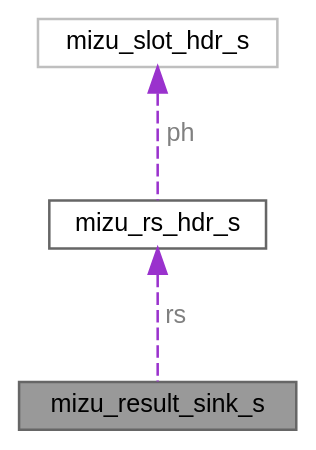
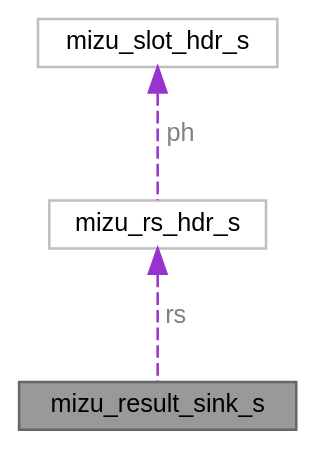
Before and after one commit to shikokuchuo/libmizu: the diagram in structmizu__result__sink__s__coll__graph.dot, drawn with Graphviz. The commit also changed 38 other files, not shown here.

```diff
--- a/structmizu__result__sink__s__coll__graph.dot
+++ b/structmizu__result__sink__s__coll__graph.dot
@@ -1,14 +1,14 @@
 digraph "mizu_result_sink_s"
 {
  // LATEX_PDF_SIZE
   bgcolor="transparent";
   edge [fontname=Helvetica,fontsize=10,labelfontname=Helvetica,labelfontsize=10];
   node [fontname=Helvetica,fontsize=10,shape=box,height=0.2,width=0.4];
   Node1 [id="Node000001",label="mizu_result_sink_s",height=0.2,width=0.4,color="gray40", fillcolor="grey60", style="filled", fontcolor="black",tooltip="The result-sink struct: the core fills it from a claimed entry and hands it to exec_fn; the binding p..."];
   Node2 -> Node1 [id="edge1_Node000001_Node000002",dir="back",color="darkorchid3",style="dashed",tooltip=" ",label=<<TABLE CELLBORDER="0" BORDER="0"><TR><TD VALIGN="top" ALIGN="LEFT" CELLPADDING="1" CELLSPACING="0">rs</TD></TR>
 </TABLE>> ,fontcolor="grey" ];
-  Node2 [id="Node000002",label="mizu_rs_hdr_s",height=0.2,width=0.4,color="gray40", fillcolor="white", style="filled",URL="$structmizu__rs__hdr__s.html",tooltip="Result slot header; the payload framing header sits at offset 24 and payload bytes at 40."];
+  Node2 [id="Node000002",label="mizu_rs_hdr_s",height=0.2,width=0.4,color="grey75", fillcolor="white", style="filled",URL="$structmizu__rs__hdr__s.html",tooltip=" "];
   Node3 -> Node2 [id="edge2_Node000002_Node000003",dir="back",color="darkorchid3",style="dashed",tooltip=" ",label=<<TABLE CELLBORDER="0" BORDER="0"><TR><TD VALIGN="top" ALIGN="LEFT" CELLPADDING="1" CELLSPACING="0">ph</TD></TR>
 </TABLE>> ,fontcolor="grey" ];
   Node3 [id="Node000003",label="mizu_slot_hdr_s",height=0.2,width=0.4,color="grey75", fillcolor="white", style="filled",URL="$structmizu__slot__hdr__s.html",tooltip=" "];
 }
```
